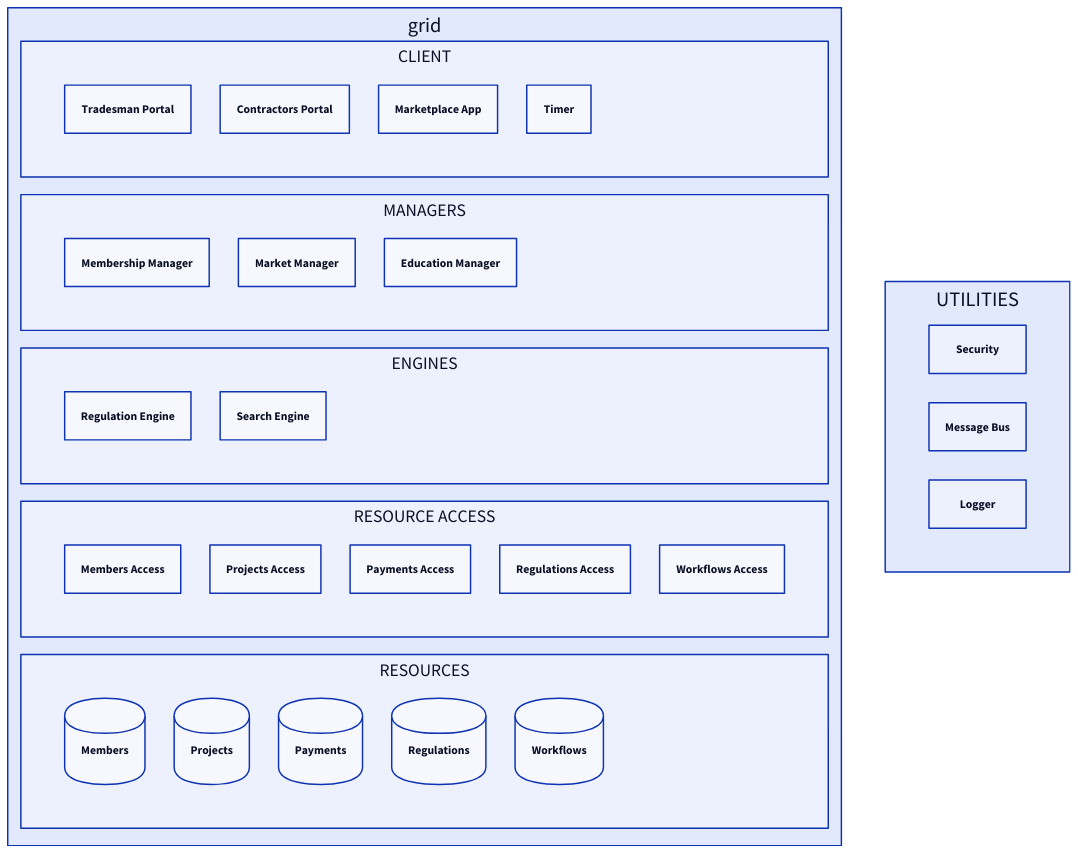
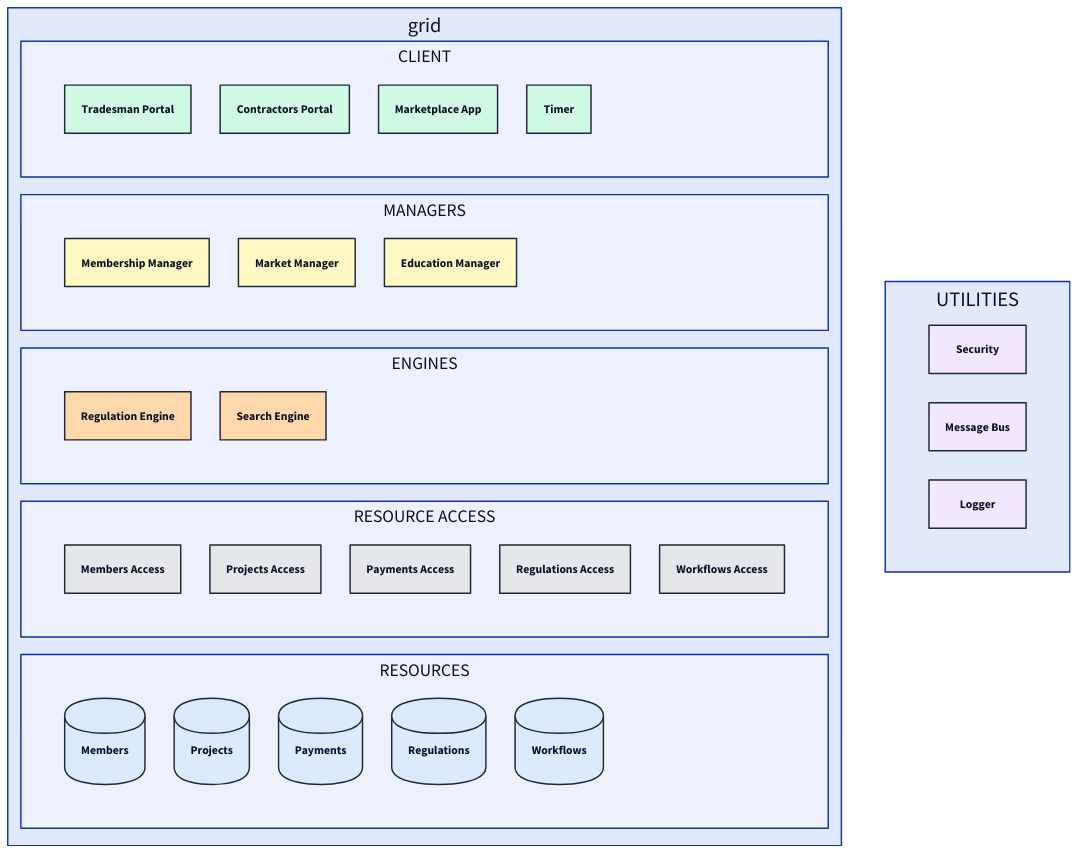
Before and after one commit to esond/claude-skills: the first of 4 diagrams in skills/righting-software-system-design/references/diagram-templates.md, drawn with D2. The commit also changed other lines of this file and 1 other file, not shown here.

First line of the commit message:
Color diagram components by layer

````diff
--- a/skills/righting-software-system-design/references/diagram-templates.md
+++ b/skills/righting-software-system-design/references/diagram-templates.md
@@ -47,70 +47,79 @@
 ```d2
 # TradeMe-shaped example. Substitute your own components in each grid.
 # Order WITHIN a grid is the canonical left-to-right order for this
 # system — every call-chain file must list these in the same order.
 
 direction: down
+
+classes: {
+  client:   { style: { fill: "#d1fae5"; stroke: "#1f2937" } }
+  manager:  { style: { fill: "#fef9c3"; stroke: "#1f2937" } }
+  engine:   { style: { fill: "#fed7aa"; stroke: "#1f2937" } }
+  access:   { style: { fill: "#e5e7eb"; stroke: "#1f2937" } }
+  resource: { style: { fill: "#dbeafe"; stroke: "#1f2937" } }
+  utility:  { style: { fill: "#f3e8ff"; stroke: "#1f2937" } }
+}
 
 grid: {
   grid-rows: 5
   grid-gap: 24
   horizontal-gap: 18
 
   client: {
     label: "CLIENT"
     grid-columns: 4
-    tradesman-portal: "Tradesman Portal"
-    contractors-portal: "Contractors Portal"
-    marketplace-app: "Marketplace App"
-    timer: "Timer"
+    tradesman-portal:   { label: "Tradesman Portal";   class: client }
+    contractors-portal: { label: "Contractors Portal"; class: client }
+    marketplace-app:    { label: "Marketplace App";    class: client }
+    timer:              { label: "Timer";              class: client }
   }
 
   managers: {
     label: "MANAGERS"
     grid-columns: 3
-    membership-manager: "Membership Manager"
-    market-manager: "Market Manager"
-    education-manager: "Education Manager"
+    membership-manager: { label: "Membership Manager"; class: manager }
+    market-manager:     { label: "Market Manager";     class: manager }
+    education-manager:  { label: "Education Manager";  class: manager }
   }
 
   engines: {
     label: "ENGINES"
     grid-columns: 2
-    regulation-engine: "Regulation Engine"
-    search-engine: "Search Engine"
+    regulation-engine:  { label: "Regulation Engine";  class: engine }
+    search-engine:      { label: "Search Engine";      class: engine }
   }
 
   access: {
     label: "RESOURCE ACCESS"
     grid-columns: 5
-    members-access: "Members Access"
-    projects-access: "Projects Access"
-    payments-access: "Payments Access"
-    regulations-access: "Regulations Access"
-    workflows-access: "Workflows Access"
+    members-access:     { label: "Members Access";     class: access }
+    projects-access:    { label: "Projects Access";    class: access }
+    payments-access:    { label: "Payments Access";    class: access }
+    regulations-access: { label: "Regulations Access"; class: access }
+    workflows-access:   { label: "Workflows Access";   class: access }
   }
 
   resources: {
     label: "RESOURCES"
     grid-columns: 5
-    members: { shape: cylinder; label: "Members" }
-    projects: { shape: cylinder; label: "Projects" }
-    payments: { shape: cylinder; label: "Payments" }
-    regulations: { shape: cylinder; label: "Regulations" }
-    workflows: { shape: cylinder; label: "Workflows" }
+    members:     { shape: cylinder; label: "Members";     class: resource }
+    projects:    { shape: cylinder; label: "Projects";    class: resource }
+    payments:    { shape: cylinder; label: "Payments";    class: resource }
+    regulations: { shape: cylinder; label: "Regulations"; class: resource }
+    workflows:   { shape: cylinder; label: "Workflows";   class: resource }
   }
 }
 
 utilities: {
   label: "UTILITIES"
   grid-rows: 4
-  security: "Security"
-  message-bus: "Message Bus"
-  logger: "Logger"
+  security:    { label: "Security";    class: utility }
+  message-bus: { label: "Message Bus"; class: utility }
+  logger:      { label: "Logger";      class: utility }
 }
 
 # No arrows on the static diagram. Layer membership conveys the call
 # direction (top layer calls into the layer below it; everything can
 # call Utilities). Arrows are reserved for call-chain diagrams where
 # they show the specific path of one use case.
 ```
````
